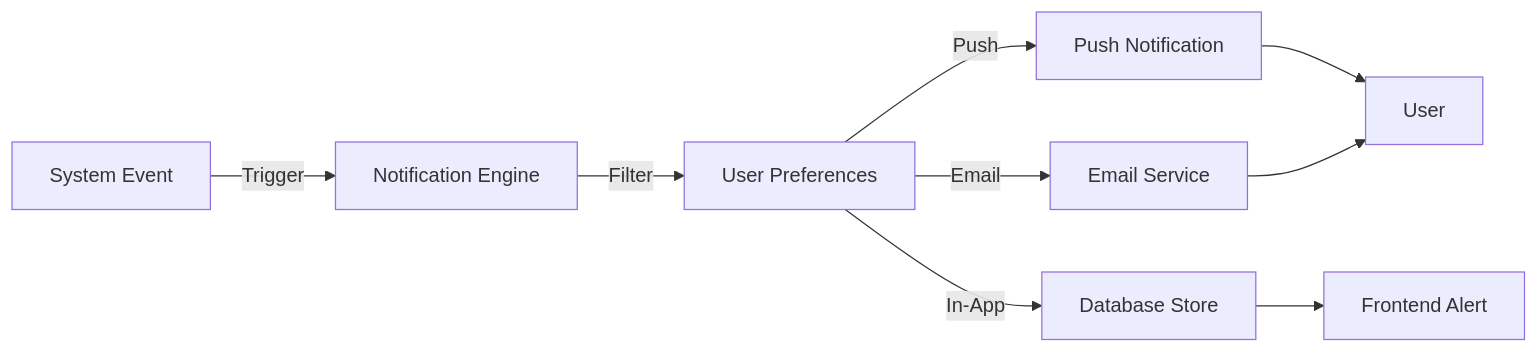
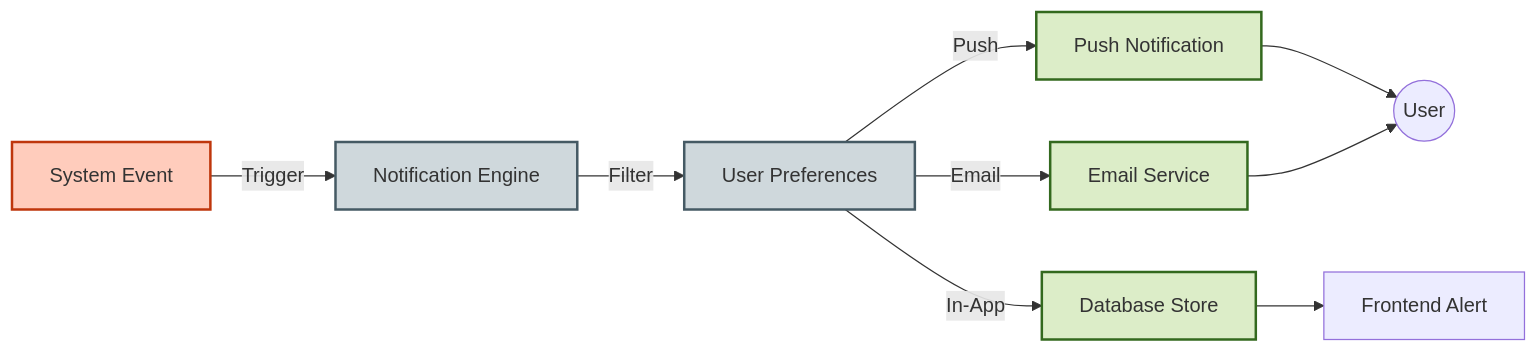
Diagram 15 of 17 in README.md (MrDecryptDecipher/xrpl-institutional-fund-management), drawn with Mermaid before and after one commit. The commit also changed other lines of this file, not shown here.

Commit message:
docs: enhance mermaid diagrams with color and detail

````diff
--- a/README.md
+++ b/README.md
@@ -433,13 +600,18 @@
 ```mermaid
 graph LR
-    Event[System Event] -->|Trigger| Engine[Notification Engine]
-    Engine -->|Filter| Prefs[User Preferences]
+    %% Styles
+    classDef event fill:#ffccbc,stroke:#bf360c,stroke-width:2px;
+    classDef engine fill:#cfd8dc,stroke:#455a64,stroke-width:2px;
+    classDef output fill:#dcedc8,stroke:#33691e,stroke-width:2px;
+
+    Event[System Event]:::event -->|Trigger| Engine[Notification Engine]:::engine
+    Engine -->|Filter| Prefs[User Preferences]:::engine
     
-    Prefs -->|Push| Push[Push Notification]
-    Prefs -->|Email| Email[Email Service]
-    Prefs -->|In-App| DB[Database Store]
+    Prefs -->|Push| Push[Push Notification]:::output
+    Prefs -->|Email| Email[Email Service]:::output
+    Prefs -->|In-App| DB[Database Store]:::output
     
-    Push --> User
+    Push --> User((User))
     Email --> User
     DB --> UI[Frontend Alert]
 ```
````
